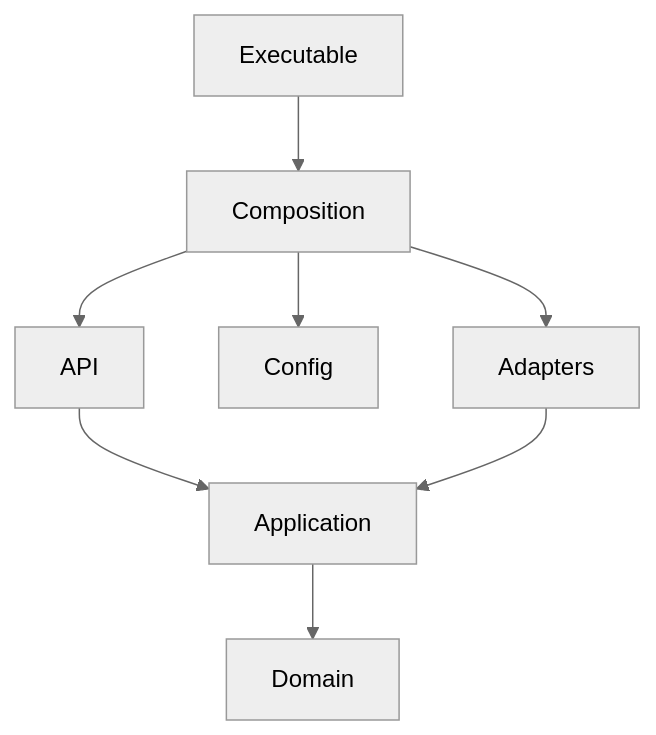
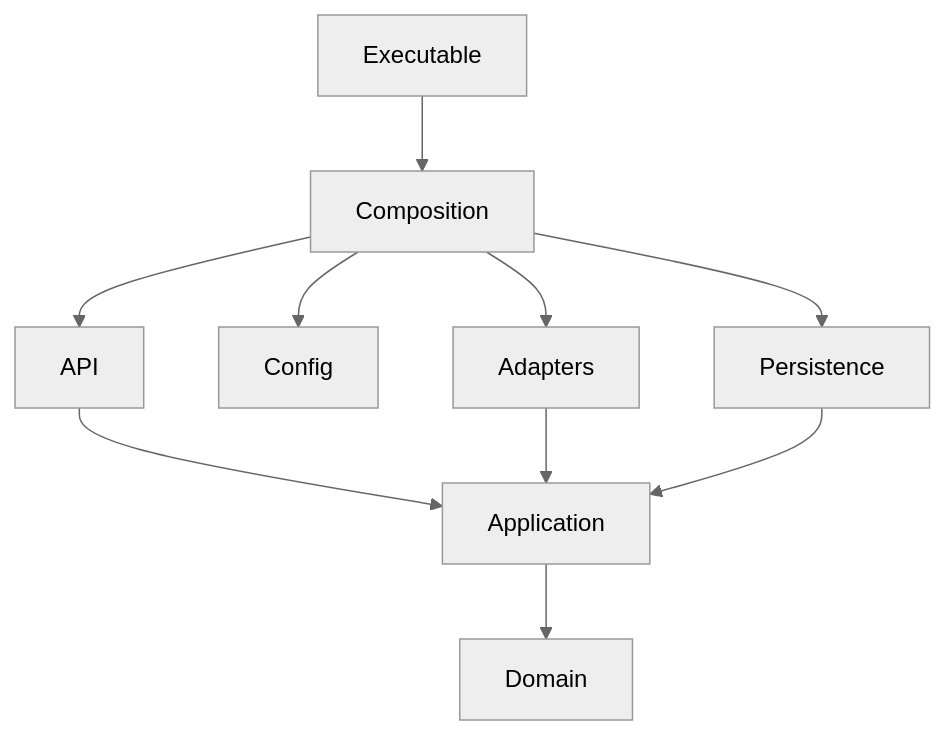
One commit to pxhoang/cmake changed the second of 2 diagrams in docs/development/cmake.md. Above: the diagram before and after it, drawn with Mermaid (neutral theme). The commit also changed other lines of this file and 75 other files, not shown here.

````diff
--- a/docs/development/cmake.md
+++ b/docs/development/cmake.md
@@ -224,10 +287,12 @@
 ```mermaid
 graph TD
     Executable --> Composition
     Composition --> API
     Composition --> Config
     Composition --> Adapters
+    Composition --> Persistence
     API --> Application
     Adapters --> Application
+    Persistence --> Application
     Application --> Domain
 ```
````
